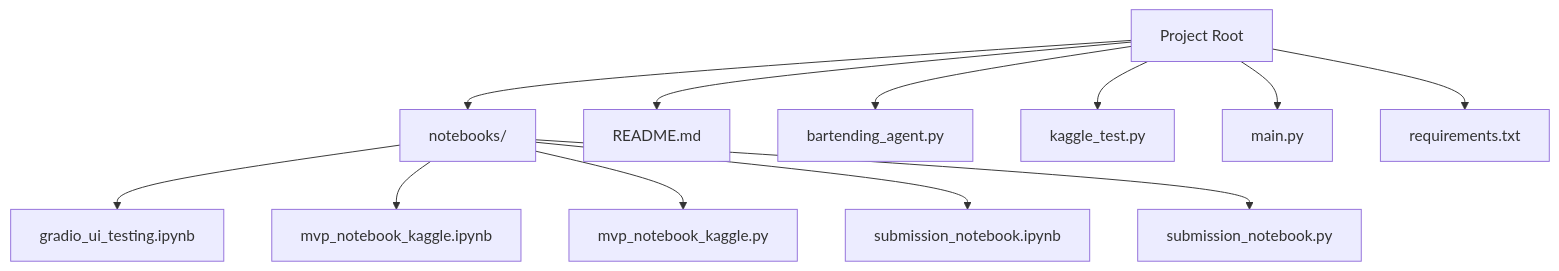
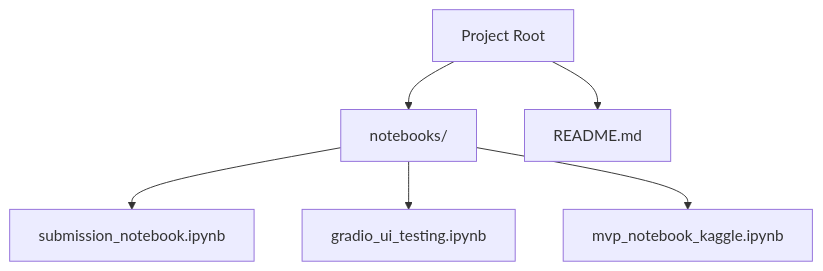
Before and after one commit to MOK-5-ha/MayaBartendingAgent: the first of 7 diagrams in .qoder/repowiki/en/content/Core Components/bartending_agent.py - Core Business Logic.md, drawn with Mermaid. The commit also changed other lines of this file and 14 other files, not shown here.

````diff
--- a/.qoder/repowiki/en/content/Core Components/bartending_agent.py - Core Business Logic.md
+++ b/.qoder/repowiki/en/content/Core Components/bartending_agent.py - Core Business Logic.md
@@ -26,14 +36,8 @@
 ```mermaid
 graph TD
 A[Project Root] --> B[notebooks/]
 A --> C[README.md]
-A --> D[bartending_agent.py]
-A --> E[kaggle_test.py]
-A --> F[main.py]
-A --> G[requirements.txt]
-B --> H[gradio_ui_testing.ipynb]
-B --> I[mvp_notebook_kaggle.ipynb]
-B --> J[mvp_notebook_kaggle.py]
-B --> K[submission_notebook.ipynb]
-B --> L[submission_notebook.py]
+B --> D[submission_notebook.ipynb]
+B --> E[gradio_ui_testing.ipynb]
+B --> F[mvp_notebook_kaggle.ipynb]
 ```
````
